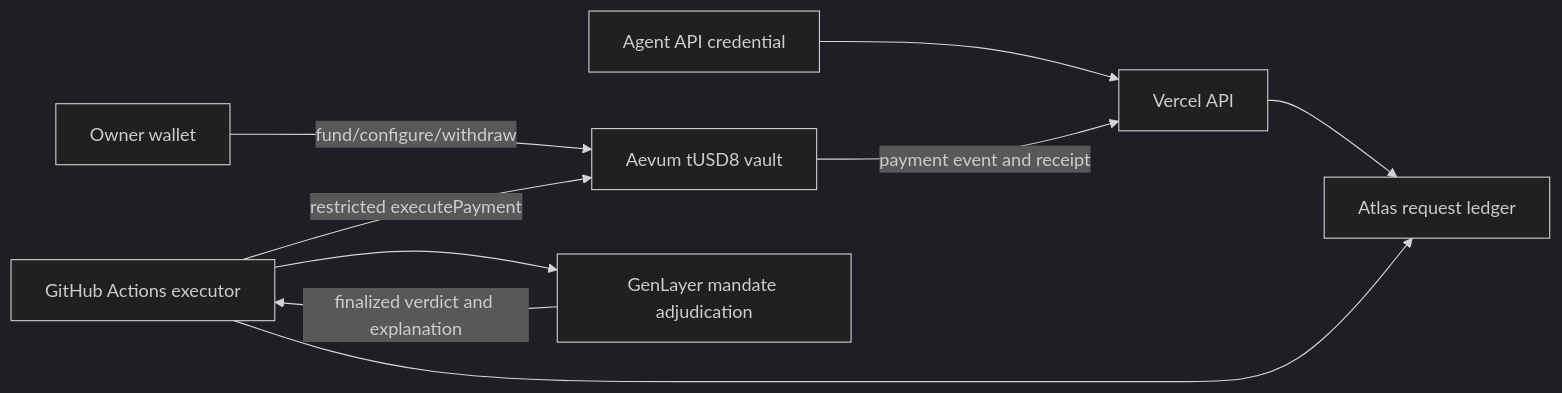
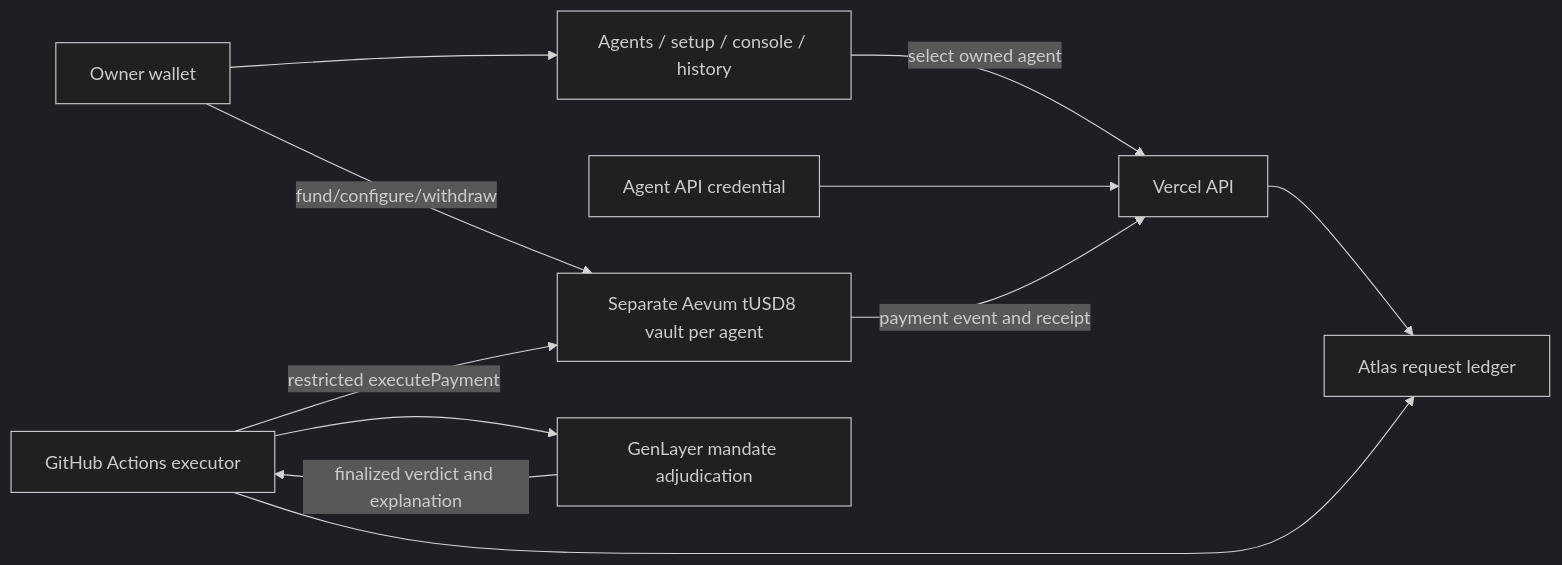
Before and after one commit to TS-mfon/agentpay: the diagram in docs/architecture.md, drawn with Mermaid (dark theme). The commit also changed other lines of this file and 76 other files, not shown here.

Commit message:
feat: separate agent workspaces and harden governed payment recovery

````diff
--- a/docs/architecture.md
+++ b/docs/architecture.md
@@ -3,11 +3,13 @@
 ```mermaid
 flowchart LR
-  O[Owner wallet] -->|fund/configure/withdraw| V[Aevum tUSD8 vault]
-  A[Agent API credential] --> API[Vercel API]
+  O[Owner wallet] --> UI[Agents / setup / console / history]
+  UI -->|select owned agent| API[Vercel API]
+  O -->|fund/configure/withdraw| V[Separate Aevum tUSD8 vault per agent]
+  A[Agent API credential] --> API
   API --> DB[Atlas request ledger]
   W[GitHub Actions executor] --> DB
   W --> G[GenLayer mandate adjudication]
   G -->|finalized verdict and explanation| W
   W -->|restricted executePayment| V
   V -->|payment event and receipt| API
 ```
````
